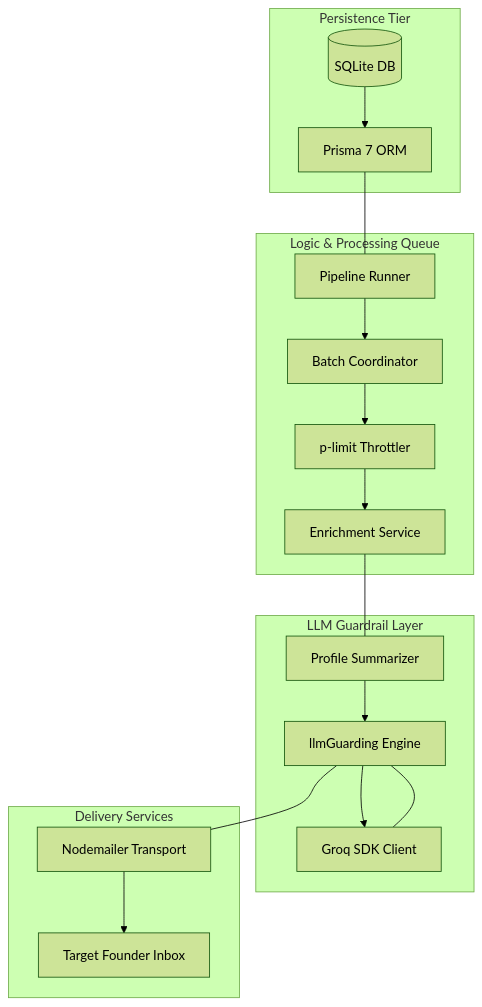
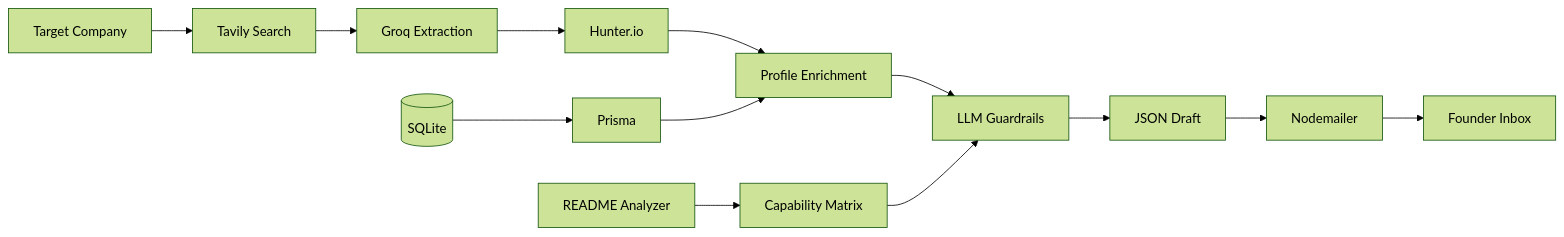
One commit to kartikmawani/agentic-automated-cold-mailer changed the diagram in README.md. Above: the diagram before and after it, drawn with Mermaid (forest theme).

````diff
--- a/README.md
+++ b/README.md
@@ -24,26 +24,21 @@
 ```mermaid
-graph TD
-    subgraph Data_Source [Persistence Tier]
-        A[(SQLite DB)] --> B[Prisma 7 ORM]
-    end
+ flowchart LR
 
-    subgraph Orchestration_Engine [Logic & Processing Queue]
-        C[Pipeline Runner] --> D[Batch Coordinator]
-        D --> E[p-limit Throttler]
-        E --> F[Enrichment Service]
-    end
+A[Target Company] --> B[Tavily Search]
+B --> C[Groq Extraction]
+C --> D[Hunter.io]
+D --> E[Profile Enrichment]
 
-    subgraph Intelligence_Layer [LLM Guardrail Layer]
-        G[Profile Summarizer] --> H[llmGuarding Engine]
-        H --> I[Groq SDK Client]
-    end
+F[README Analyzer] --> G[Capability Matrix]
 
-    subgraph Transmission_Gateway [Delivery Services]
-        J[Nodemailer Transport] --> K[Target Founder Inbox]
-    end
+E --> H[LLM Guardrails]
+G --> H
 
-    B --- C
-    F --- G
-    I --- H
-    H --- J
+H --> I[JSON Draft]
+I --> J[Nodemailer]
+J --> K[Founder Inbox]
+
+L[(SQLite)]
+L --> M[Prisma]
+M --> E
  ```
````
